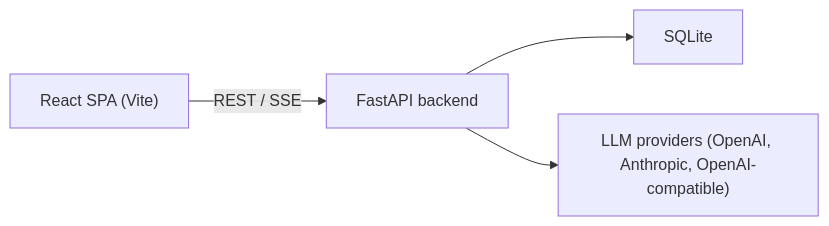
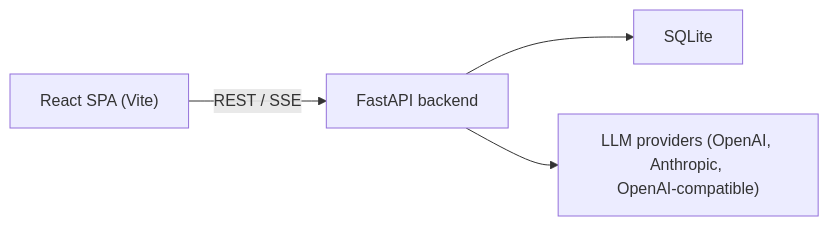
One commit to DavidThomas01/comp0016_avanade_prompt_injection changed the diagram in README.md. Above: the diagram before and after it, drawn with Mermaid. The commit also changed other lines of this file and 5 other files, not shown here.

````diff
--- a/README.md
+++ b/README.md
@@ -7,6 +7,6 @@
 ```mermaid
 graph LR
     Browser["React SPA (Vite)"] -->|REST / SSE| API["FastAPI backend"]
     API --> DB["SQLite"]
-    API --> LLM["LLM providers (OpenAI, Anthropic, OpenAI-compatible)"]
+    API --> LLM["LLM providers (OpenAI, Anthropic, OpenAI‑compatible)"]
 ```
````
